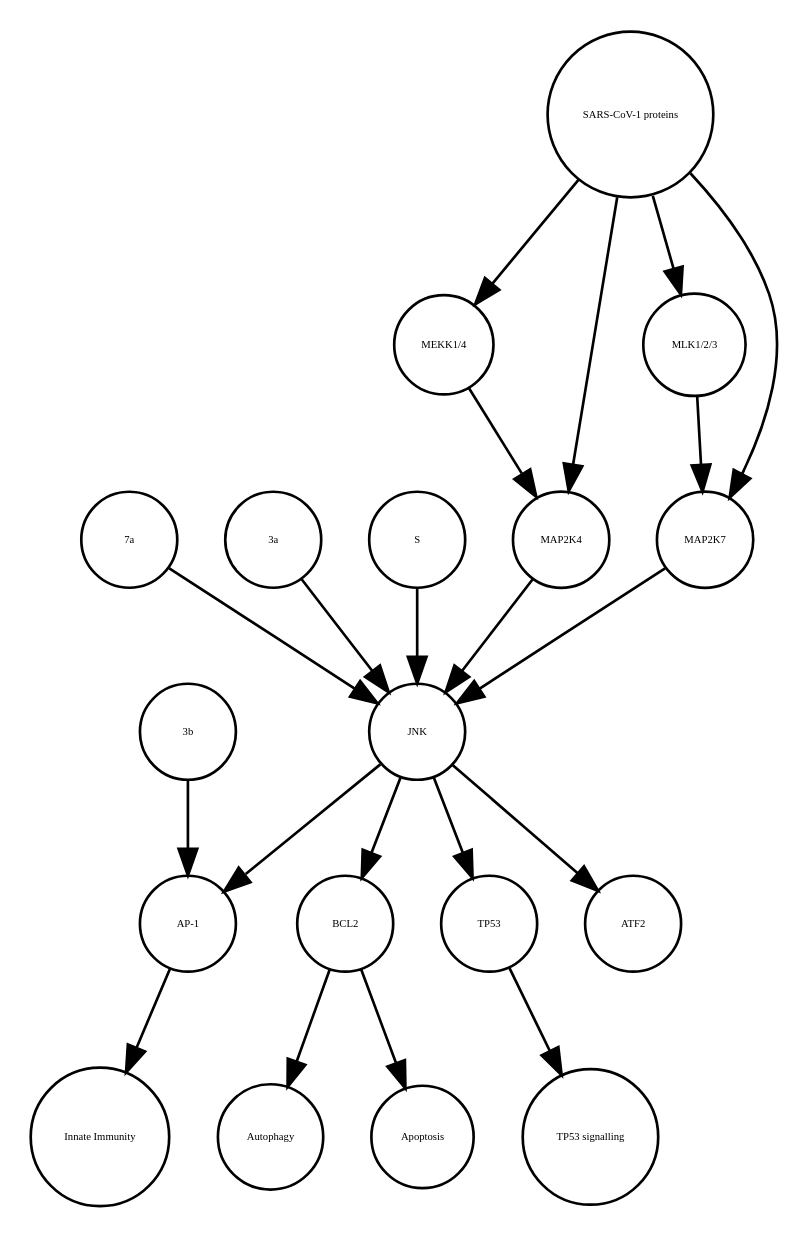
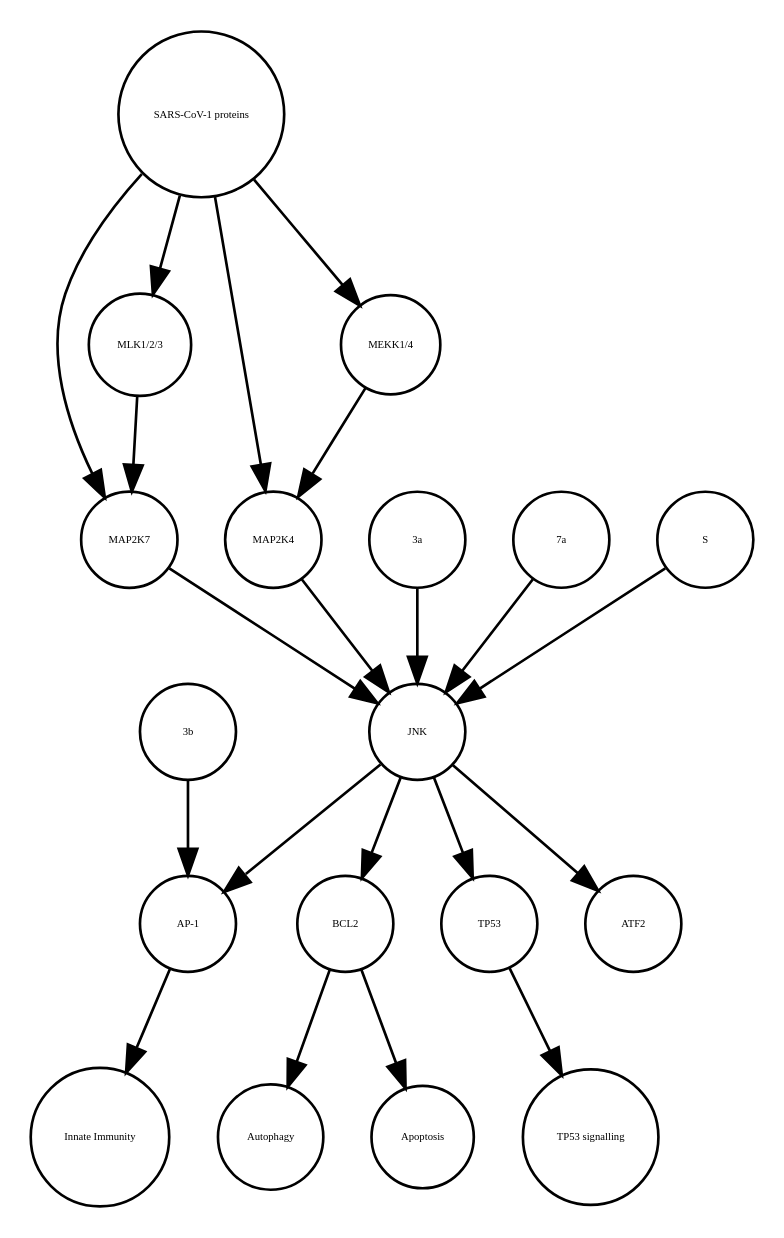
Before and after one commit to cannin/covid19-sbgn: the diagram in JNK_pathway_stable.xml_projected.dot, drawn with Graphviz. The commit also changed other lines of this file and 536 other files, not shown here.

```diff
--- a/JNK_pathway_stable.xml_projected.dot
+++ b/JNK_pathway_stable.xml_projected.dot
@@ -1,40 +1,40 @@
 strict digraph  {
 BCL2 [annotation=urn_miriam_ncbigene_596, bipartite=0, cls=macromolecule, fontsize=4, label=BCL2, shape=circle];
 Autophagy [annotation="urn_miriam_obo.go_GO%3A0006914", bipartite=0, cls=phenotype, fontsize=4, label=Autophagy, shape=circle];
 "AP-1" [annotation="", bipartite=0, cls=complex, fontsize=4, label="AP-1", shape=circle];
 "Innate Immunity" [annotation="urn_miriam_obo.go_GO%3A0045087", bipartite=0, cls=phenotype, fontsize=4, label="Innate Immunity", shape=circle];
 TP53 [annotation=urn_miriam_ncbigene_7157, bipartite=0, cls=macromolecule, fontsize=4, label=TP53, shape=circle];
 "TP53 signalling" [annotation="urn_miriam_obo.go_GO%3A0072331", bipartite=0, cls=phenotype, fontsize=4, label="TP53 signalling", shape=circle];
 Apoptosis [annotation="urn_miriam_obo.go_GO%3A0006915", bipartite=0, cls=phenotype, fontsize=4, label=Apoptosis, shape=circle];
+MAP2K7 [annotation=urn_miriam_ncbigene_5609, bipartite=0, cls=macromolecule, fontsize=4, label=MAP2K7, shape=circle];
+MAP2K4 [annotation=urn_miriam_ncbigene_6416, bipartite=0, cls=macromolecule, fontsize=4, label=MAP2K4, shape=circle];
+JNK [annotation="", bipartite=0, cls=complex, fontsize=4, label=JNK, shape=circle];
+"SARS-CoV-1 proteins" [annotation="", bipartite=0, cls=complex, fontsize=4, label="SARS-CoV-1 proteins", shape=circle];
+"3b" [annotation="", bipartite=0, cls=macromolecule, fontsize=4, label="3b", shape=circle];
+ATF2 [annotation=urn_miriam_ncbigene_1386, bipartite=0, cls=macromolecule, fontsize=4, label=ATF2, shape=circle];
+"3a" [annotation="", bipartite=0, cls=macromolecule, fontsize=4, label="3a", shape=circle];
 "7a" [annotation="", bipartite=0, cls=macromolecule, fontsize=4, label="7a", shape=circle];
-"3a" [annotation="", bipartite=0, cls=macromolecule, fontsize=4, label="3a", shape=circle];
 "MEKK1/4" [annotation="", bipartite=0, cls=complex, fontsize=4, label="MEKK1/4", shape=circle];
-"SARS-CoV-1 proteins" [annotation="", bipartite=0, cls=complex, fontsize=4, label="SARS-CoV-1 proteins", shape=circle];
-ATF2 [annotation=urn_miriam_ncbigene_1386, bipartite=0, cls=macromolecule, fontsize=4, label=ATF2, shape=circle];
-"3b" [annotation="", bipartite=0, cls=macromolecule, fontsize=4, label="3b", shape=circle];
 "MLK1/2/3" [annotation="", bipartite=0, cls=complex, fontsize=4, label="MLK1/2/3", shape=circle];
 S [annotation="", bipartite=0, cls=macromolecule, fontsize=4, label=S, shape=circle];
-MAP2K7 [annotation=urn_miriam_ncbigene_5609, bipartite=0, cls=macromolecule, fontsize=4, label=MAP2K7, shape=circle];
-JNK [annotation="", bipartite=0, cls=complex, fontsize=4, label=JNK, shape=circle];
-MAP2K4 [annotation=urn_miriam_ncbigene_6416, bipartite=0, cls=macromolecule, fontsize=4, label=MAP2K4, shape=circle];
 BCL2 -> Autophagy  [annotation="", interaction_type="necessary stimulation"];
 BCL2 -> Apoptosis  [annotation="", interaction_type=inhibition];
 "AP-1" -> "Innate Immunity"  [annotation="", interaction_type="necessary stimulation"];
 TP53 -> "TP53 signalling"  [annotation="", interaction_type="necessary stimulation"];
-"7a" -> JNK  [annotation="urn_miriam_pubmed_17141229|urn_miriam_taxonomy_694009|urn_miriam_taxonomy_392815", interaction_type=stimulation];
-"3a" -> JNK  [annotation="urn_miriam_pubmed_17141229|urn_miriam_taxonomy_694009|urn_miriam_taxonomy_392815", interaction_type=stimulation];
-"MEKK1/4" -> MAP2K4  [annotation="urn_miriam_pubmed_31226023|urn_miriam_taxonomy_694009|urn_miriam_taxonomy_392815", interaction_type=stimulation];
+MAP2K7 -> JNK  [annotation="urn_miriam_pubmed_17141229|urn_miriam_taxonomy_694009|urn_miriam_taxonomy_392815", interaction_type=stimulation];
+MAP2K4 -> JNK  [annotation="urn_miriam_pubmed_17141229|urn_miriam_taxonomy_694009|urn_miriam_taxonomy_392815", interaction_type=stimulation];
+JNK -> BCL2  [annotation=urn_miriam_pubmed_10567572, interaction_type=stimulation];
+JNK -> ATF2  [annotation=urn_miriam_pubmed_7824938, interaction_type=stimulation];
+JNK -> "AP-1"  [annotation="urn_miriam_pubmed_21561061|urn_miriam_taxonomy_694009", interaction_type=stimulation];
+JNK -> TP53  [annotation=urn_miriam_pubmed_9724739, interaction_type=stimulation];
+"SARS-CoV-1 proteins" -> "MEKK1/4"  [annotation="urn_miriam_pubmed_31226023|urn_miriam_taxonomy_694009|urn_miriam_taxonomy_392815", interaction_type=stimulation];
+"SARS-CoV-1 proteins" -> MAP2K4  [annotation="urn_miriam_pubmed_31226023|urn_miriam_taxonomy_694009|urn_miriam_taxonomy_392815", interaction_type=stimulation];
 "SARS-CoV-1 proteins" -> MAP2K7  [annotation="urn_miriam_pubmed_31226023|urn_miriam_taxonomy_694009|urn_miriam_taxonomy_392815", interaction_type=stimulation];
 "SARS-CoV-1 proteins" -> "MLK1/2/3"  [annotation="urn_miriam_taxonomy_694009|urn_miriam_pubmed_31226023|urn_miriam_taxonomy_392815", interaction_type=stimulation];
-"SARS-CoV-1 proteins" -> "MEKK1/4"  [annotation="urn_miriam_pubmed_31226023|urn_miriam_taxonomy_694009|urn_miriam_taxonomy_392815", interaction_type=stimulation];
-"SARS-CoV-1 proteins" -> MAP2K4  [annotation="urn_miriam_pubmed_31226023|urn_miriam_taxonomy_694009|urn_miriam_taxonomy_392815", interaction_type=stimulation];
 "3b" -> "AP-1"  [annotation="urn_miriam_pubmed_21561061|urn_miriam_taxonomy_694009", interaction_type=stimulation];
+"3a" -> JNK  [annotation="urn_miriam_pubmed_17141229|urn_miriam_taxonomy_694009|urn_miriam_taxonomy_392815", interaction_type=stimulation];
+"7a" -> JNK  [annotation="urn_miriam_pubmed_17141229|urn_miriam_taxonomy_694009|urn_miriam_taxonomy_392815", interaction_type=stimulation];
+"MEKK1/4" -> MAP2K4  [annotation="urn_miriam_pubmed_31226023|urn_miriam_taxonomy_694009|urn_miriam_taxonomy_392815", interaction_type=stimulation];
 "MLK1/2/3" -> MAP2K7  [annotation="urn_miriam_pubmed_31226023|urn_miriam_taxonomy_694009|urn_miriam_taxonomy_392815", interaction_type=stimulation];
 S -> JNK  [annotation="urn_miriam_pubmed_17267381|urn_miriam_taxonomy_694009|urn_miriam_taxonomy_392815", interaction_type=stimulation];
-MAP2K7 -> JNK  [annotation="urn_miriam_pubmed_17141229|urn_miriam_taxonomy_694009|urn_miriam_taxonomy_392815", interaction_type=stimulation];
-JNK -> TP53  [annotation=urn_miriam_pubmed_9724739, interaction_type=stimulation];
-JNK -> BCL2  [annotation=urn_miriam_pubmed_10567572, interaction_type=stimulation];
-JNK -> "AP-1"  [annotation="urn_miriam_pubmed_21561061|urn_miriam_taxonomy_694009", interaction_type=stimulation];
-JNK -> ATF2  [annotation=urn_miriam_pubmed_7824938, interaction_type=stimulation];
-MAP2K4 -> JNK  [annotation="urn_miriam_pubmed_17141229|urn_miriam_taxonomy_694009|urn_miriam_taxonomy_392815", interaction_type=stimulation];
 }
```
